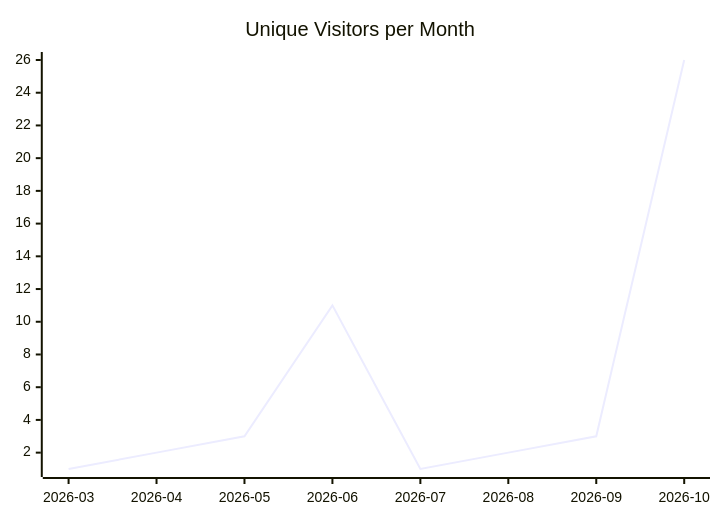
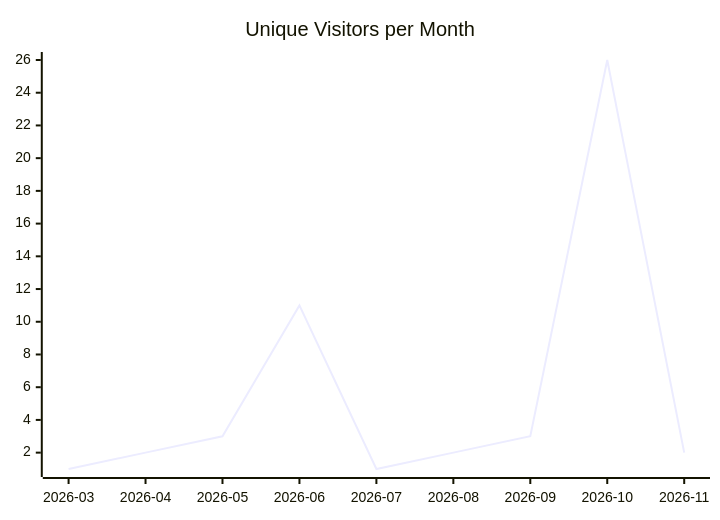
Before and after one commit to justdavis-family/github-analytics-data: the first of 3 diagrams in karlmdavis/justdavis-ansible/README.md, drawn with Mermaid. The commit also changed other lines of this file and 201 other files, not shown here.

````diff
--- a/karlmdavis/justdavis-ansible/README.md
+++ b/karlmdavis/justdavis-ansible/README.md
@@ -5,6 +5,6 @@
 ```mermaid
 xychart-beta
   title "Unique Visitors per Month"
-  x-axis ["2026-03", "2026-04", "2026-05", "2026-06", "2026-07", "2026-08", "2026-09", "2026-10"]
-  line [1, 2, 3, 11, 1, 2, 3, 26]
+  x-axis ["2026-03", "2026-04", "2026-05", "2026-06", "2026-07", "2026-08", "2026-09", "2026-10", "2026-11"]
+  line [1, 2, 3, 11, 1, 2, 3, 26, 2]
 ```
````
